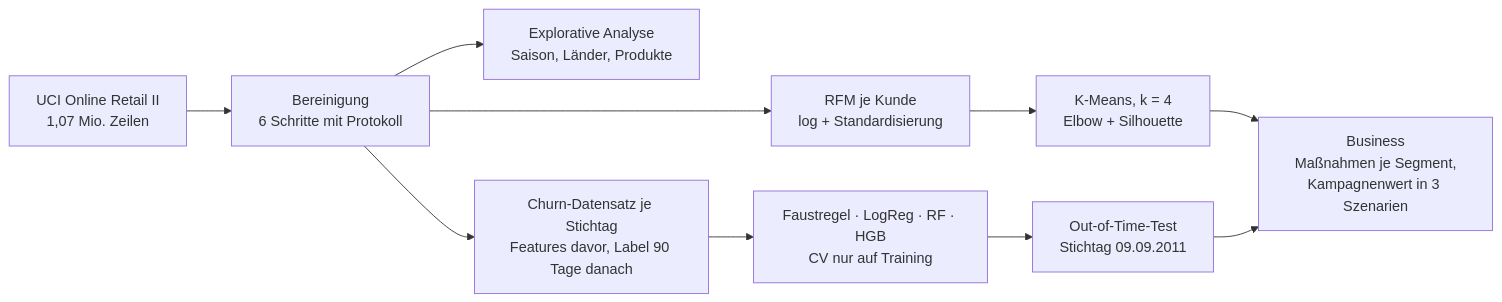
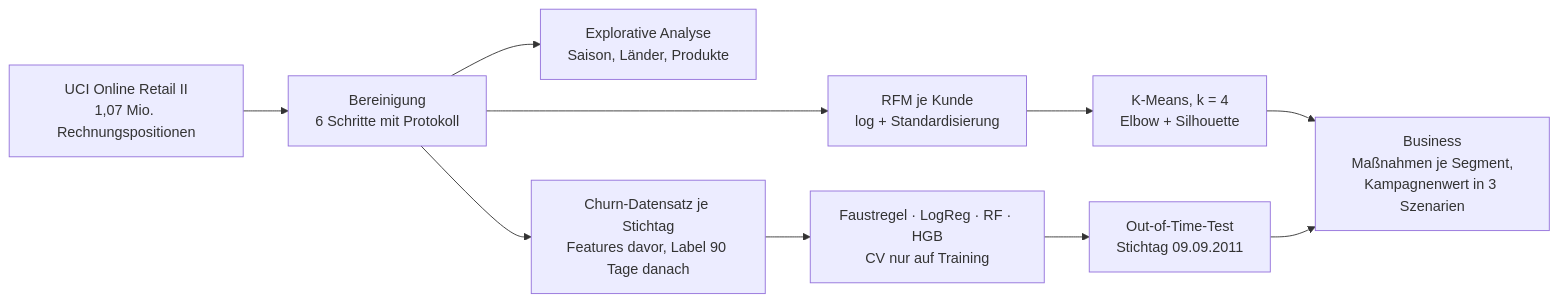
The diagram in README.md (endritde/trace-kunden), drawn with Mermaid before and after one commit. The commit also changed other lines of this file and 2 other files, not shown here.

First line of the commit message:
README: Kurzüberblick, nüchternere Kampagnenbewertung, Methodik ausgelagert, MIT-Lizenz

````diff
--- a/README.md
+++ b/README.md
@@ -32,11 +47,11 @@
 ```mermaid
 flowchart LR
-    U["UCI Online Retail II<br/>1,07 Mio. Zeilen"] --> B["Bereinigung<br/>6 Schritte mit Protokoll"]
+    U["UCI Online Retail II<br/>1,07 Mio. Rechnungspositionen"] --> B["Bereinigung<br/>6 Schritte mit Protokoll"]
     B --> E["Explorative Analyse<br/>Saison, Länder, Produkte"]
     B --> R["RFM je Kunde<br/>log + Standardisierung"]
     R --> K["K-Means, k = 4<br/>Elbow + Silhouette"]
     B --> C["Churn-Datensatz je Stichtag<br/>Features davor, Label 90 Tage danach"]
     C --> M["Faustregel · LogReg · RF · HGB<br/>CV nur auf Training"]
     M --> T["Out-of-Time-Test<br/>Stichtag 09.09.2011"]
     K & T --> G["Business<br/>Maßnahmen je Segment,<br/>Kampagnenwert in 3 Szenarien"]
 ```
````
